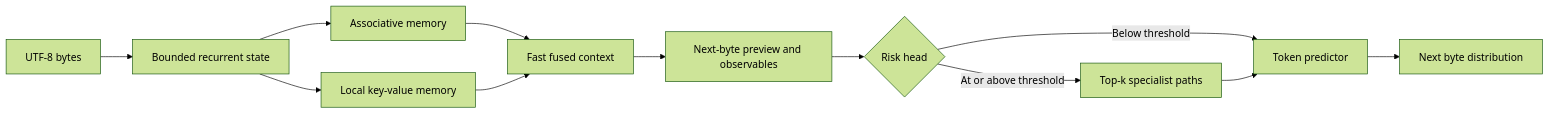
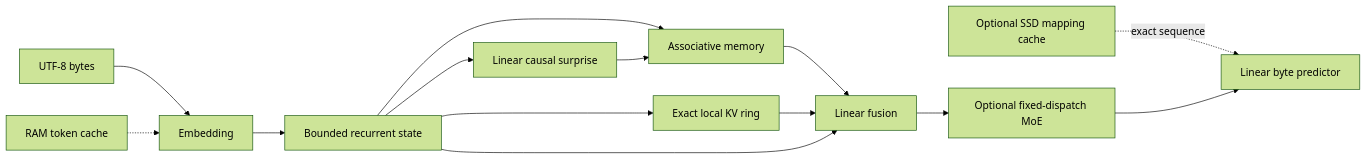
One commit to Koemi-AI/Koemi-1FPA changed the diagram in README.md. Above: the diagram before and after it, drawn with Mermaid (forest theme). The commit also changed other lines of this file and 32 other files, not shown here.

Commit message:
feat: migrate Koemi to OBOV KSM architecture

````diff
--- a/README.md
+++ b/README.md
@@ -123,14 +91,16 @@
 ```mermaid
 flowchart LR
-    Input[UTF-8 bytes] --> State[Bounded recurrent state]
-    State --> Memory[Associative memory]
-    State --> Local[Local key-value memory]
-    Memory --> Fast[Fast fused context]
-    Local --> Fast
-    Fast --> Preview[Next-byte preview and observables]
-    Preview --> Router{Risk head}
-    Router -->|Below threshold| Head[Token predictor]
-    Router -->|At or above threshold| Specialists[Top-k specialist paths]
-    Specialists --> Head
-    Head --> Next[Next byte distribution]
+    Input[UTF-8 bytes] --> Embedding
+    Warm[RAM token cache] -.-> Embedding
+    Disk[Optional SSD mapping cache] -. exact sequence .-> Output
+    Embedding --> Recurrent[Bounded recurrent state]
+    Recurrent --> Associative[Associative memory]
+    Recurrent --> Local[Exact local KV ring]
+    Recurrent --> Surprise[Linear causal surprise]
+    Surprise --> Associative
+    Associative --> Fusion[Linear fusion]
+    Local --> Fusion
+    Recurrent --> Fusion
+    Fusion --> MoE[Optional fixed-dispatch MoE]
+    MoE --> Output[Linear byte predictor]
 ```
````
